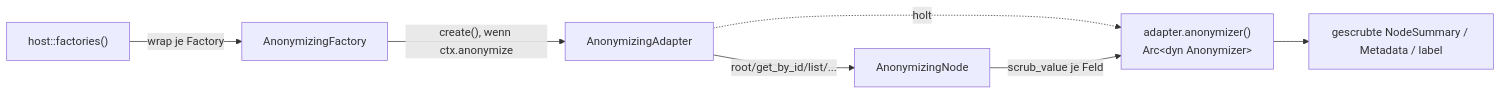
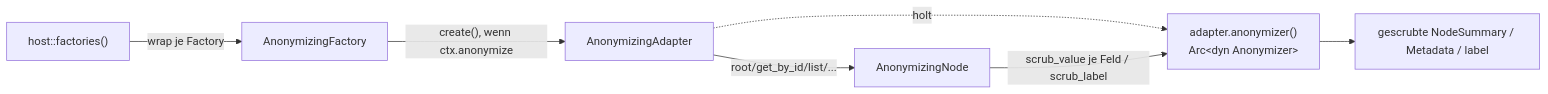
Before and after one commit to bschnitz/not-yet-done: the diagram in docs/decisions/0006-anonymisierung-content-layer.md, drawn with Mermaid. The commit also changed other lines of this file and 9 other files, not shown here.

````diff
--- a/docs/decisions/0006-anonymisierung-content-layer.md
+++ b/docs/decisions/0006-anonymisierung-content-layer.md
@@ -82,9 +83,9 @@
 ```mermaid
 flowchart LR
     F["host::factories()"] -->|"wrap je Factory"| AF[AnonymizingFactory]
     AF -->|"create(), wenn ctx.anonymize"| AA[AnonymizingAdapter]
     AA -->|"root/get_by_id/list/..."| AN[AnonymizingNode]
     AA -.->|"holt"| ANON["adapter.anonymizer()<br/>Arc&lt;dyn Anonymizer&gt;"]
-    AN -->|"scrub_value je Feld"| ANON
+    AN -->|"scrub_value je Feld / scrub_label"| ANON
     ANON --> OUT["gescrubte NodeSummary / Metadata / label"]
 ```
````
